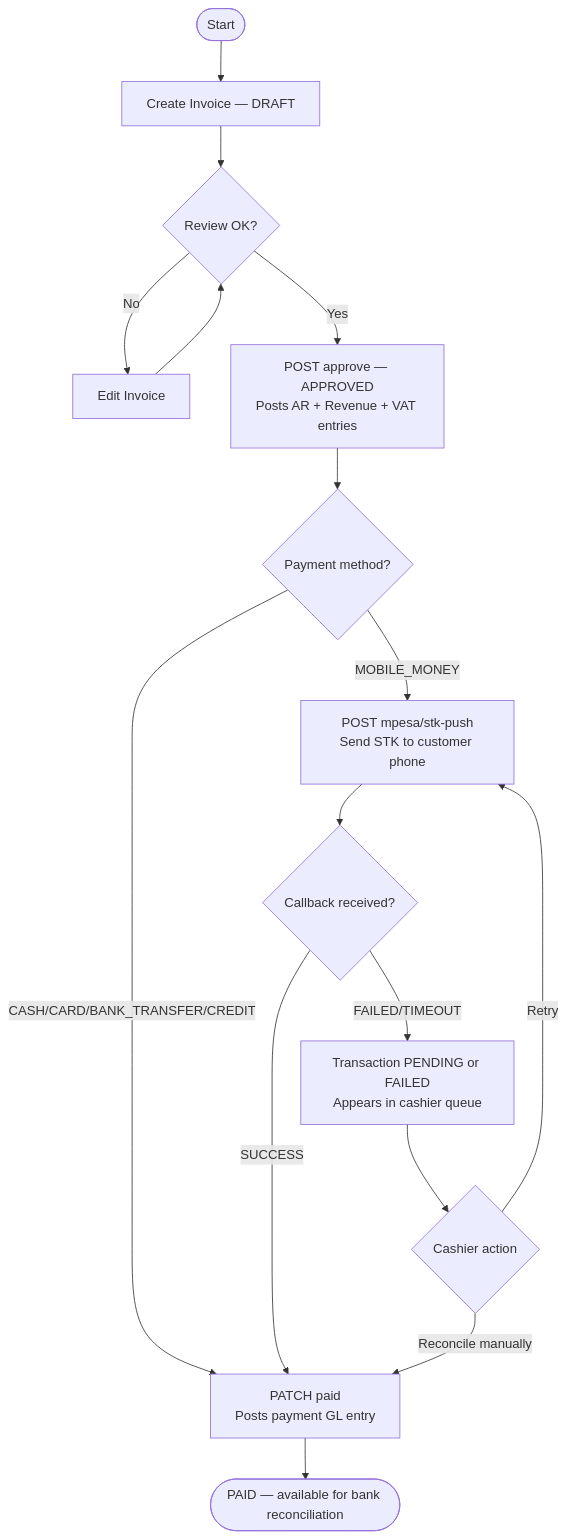
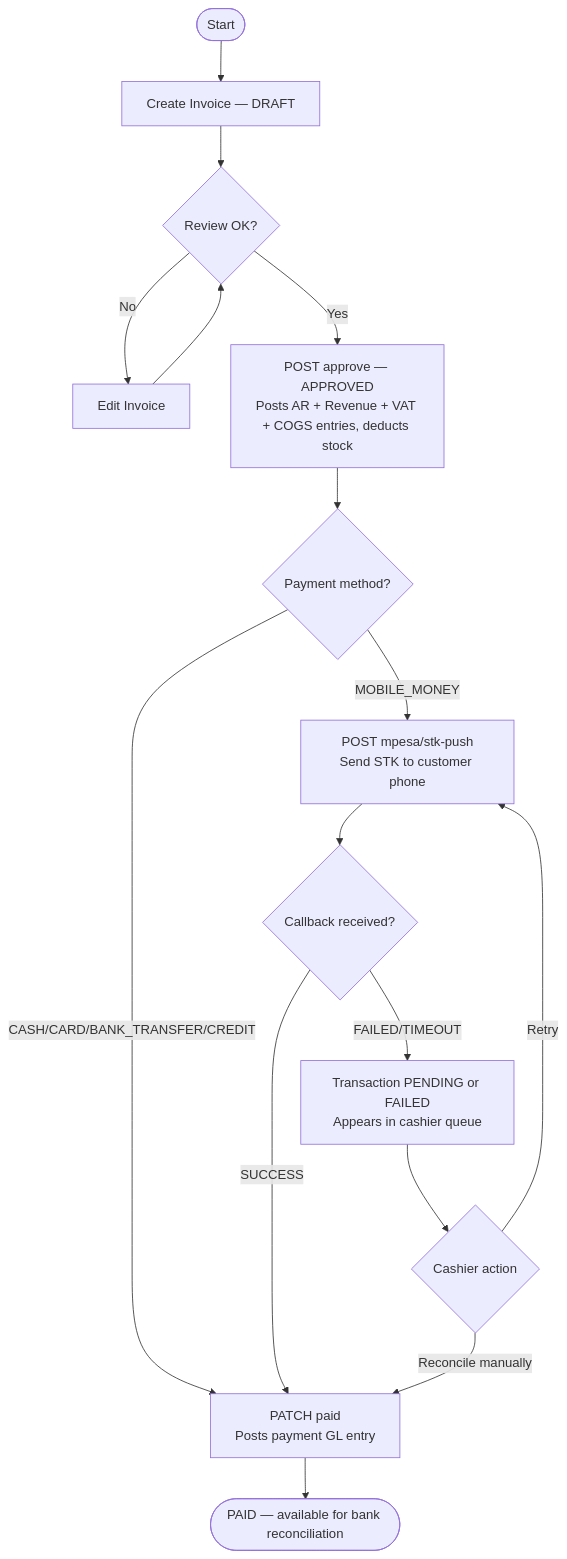
One commit to eliudm/ERP-SYSTEM changed the second of 7 diagrams in README.md. Above: the diagram before and after it, drawn with Mermaid. The commit also changed other lines of this file, not shown here.

````diff
--- a/README.md
+++ b/README.md
@@ -695,18 +975,18 @@
 ```mermaid
 flowchart TD
     A([Start]) --> B[Create Invoice — DRAFT]
     B --> C{Review OK?}
     C -- No --> D[Edit Invoice]
     D --> C
-    C -- Yes --> E[POST approve — APPROVED\nPosts AR + Revenue + VAT entries]
+    C -- Yes --> E[POST approve — APPROVED\nPosts AR + Revenue + VAT + COGS entries, deducts stock]
     E --> F{Payment method?}
     F -- CASH/CARD/BANK_TRANSFER/CREDIT --> G[PATCH paid\nPosts payment GL entry]
     F -- MOBILE_MONEY --> H[POST mpesa/stk-push\nSend STK to customer phone]
     H --> I{Callback received?}
     I -- SUCCESS --> G
     I -- FAILED/TIMEOUT --> J[Transaction PENDING or FAILED\nAppears in cashier queue]
     J --> K{Cashier action}
     K -- Retry --> H
     K -- Reconcile manually --> G
     G --> L([PAID — available for bank reconciliation])
 ```
````
